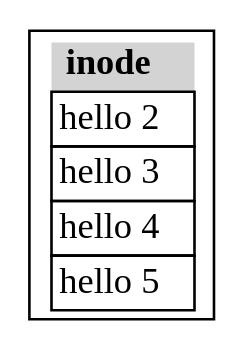
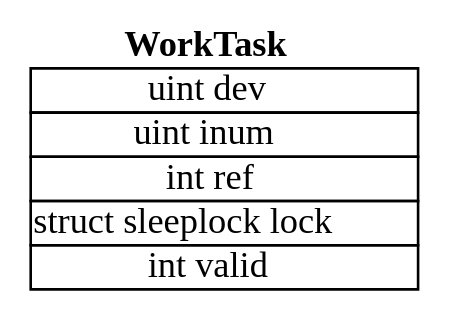
Before and after one commit to Jeanhwea/xv6-course: the diagram in img/ds2.dot, drawn with Graphviz. The commit also changed 1 other file, not shown here.

```diff
--- a/img/ds2.dot
+++ b/img/ds2.dot
@@ -1,16 +1,20 @@
 digraph ds2_struct {
   rankdir = LR;
   node [shape=record];
 
-  file [
-    label=<
-      <table border="0" cellborder="1" cellspacing="0">
-        <tr><td bgcolor="lightgray" border="0"><b>inode</b></td></tr>
-        <tr><td>hello 2</td></tr>
-        <tr><td>hello 3</td></tr>
-        <tr><td>hello 4</td></tr>
-        <tr><td>hello 5</td></tr>
-      </table>
-    >
+  wt [
+    shape=plain;
+    label=<<table border="0" cellborder="0" cellspacing="0" cellpadding="0">
+      <tr><td bgcolor="white" border="0"><b>WorkTask</b></td></tr>
+      <tr><td>
+        <table align="left" border="0" cellborder="1" cellspacing="0" cellpadding="0">
+          <tr><td align="center">uint dev</td></tr>
+          <tr><td align="center">uint inum</td></tr>
+          <tr><td align="center">int ref</td></tr>
+          <tr><td align="center">struct sleeplock lock</td></tr>
+          <tr><td align="center">int valid</td></tr>
+        </table>
+      </td></tr>
+    </table>>
   ];
 }
```
